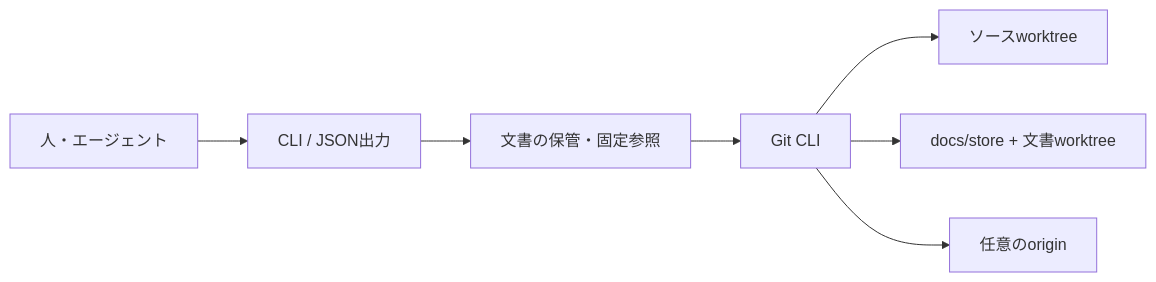
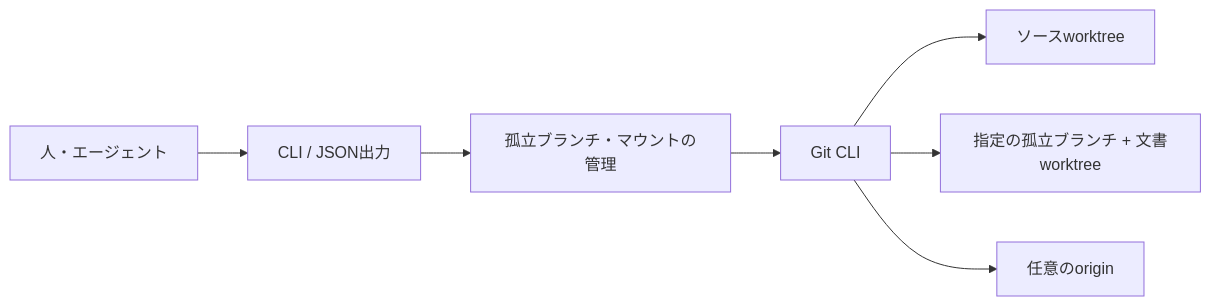
Before and after one commit to kani1048/git-document: the diagram in README.md, drawn with Mermaid. The commit also changed other lines of this file and 5 other files, not shown here.

````diff
--- a/README.md
+++ b/README.md
@@ -111,9 +133,9 @@
 ```mermaid
 flowchart LR
     User[人・エージェント] --> CLI[CLI / JSON出力]
-    CLI --> Store[文書の保管・固定参照]
+    CLI --> Store[孤立ブランチ・マウントの管理]
     Store --> Git[Git CLI]
     Git --> Source[ソースworktree]
-    Git --> Docs[docs/store + 文書worktree]
+    Git --> Docs[指定の孤立ブランチ + 文書worktree]
     Git --> Remote[任意のorigin]
 ```
````
